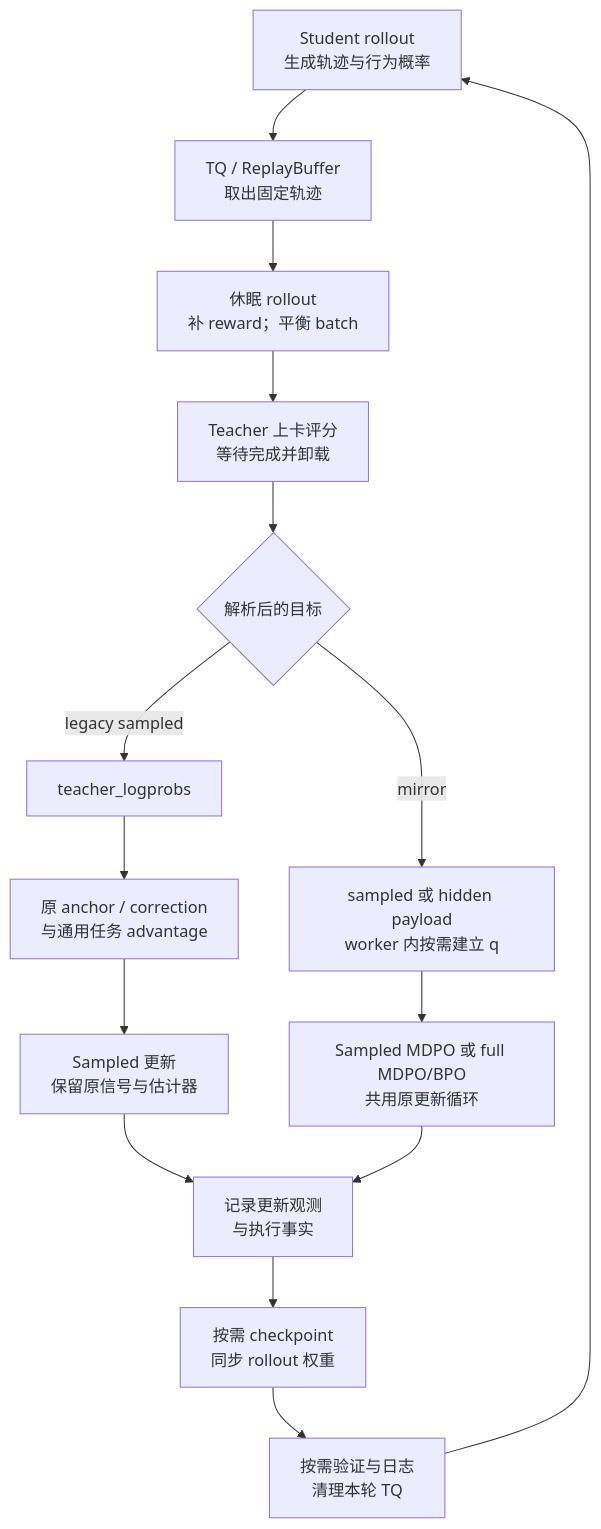
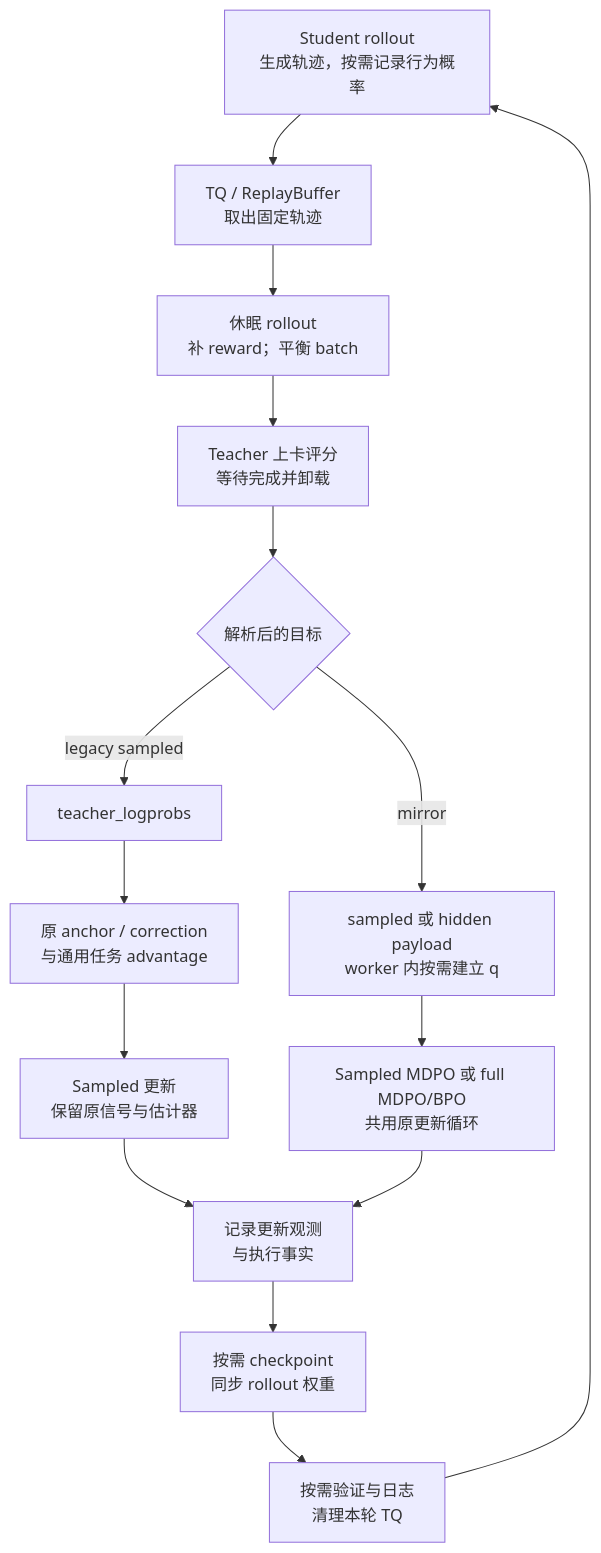
One commit to WncFht/MirrorOPD-verl changed the first of 2 diagrams in examples/mirroropd/docs/internals/training-loop.md. Above: the diagram before and after it, drawn with Mermaid. The commit also changed other lines of this file and 140 other files, not shown here.

````diff
--- a/examples/mirroropd/docs/internals/training-loop.md
+++ b/examples/mirroropd/docs/internals/training-loop.md
@@ -64,17 +67,17 @@
 ```mermaid
 flowchart TD
-    R["Student rollout<br/>生成轨迹与行为概率"] --> Q["TQ / ReplayBuffer<br/>取出固定轨迹"]
+    R["Student rollout<br/>生成轨迹，按需记录行为概率"] --> Q["TQ / ReplayBuffer<br/>取出固定轨迹"]
     Q --> S["休眠 rollout<br/>补 reward；平衡 batch"]
     S --> T["Teacher 上卡评分<br/>等待完成并卸载"]
     T --> K{"解析后的目标"}
     K -->|legacy sampled| P["teacher_logprobs"]
     P --> O["原 anchor / correction<br/>与通用任务 advantage"]
     O --> A["Sampled 更新<br/>保留原信号与估计器"]
     K -->|mirror| H["sampled 或 hidden payload<br/>worker 内按需建立 q"]
     H --> F["Sampled MDPO 或 full MDPO/BPO<br/>共用原更新循环"]
     A --> U["记录更新观测<br/>与执行事实"]
     F --> U
     U --> C["按需 checkpoint<br/>同步 rollout 权重"]
     C --> V["按需验证与日志<br/>清理本轮 TQ"]
     V --> R
 ```
````
